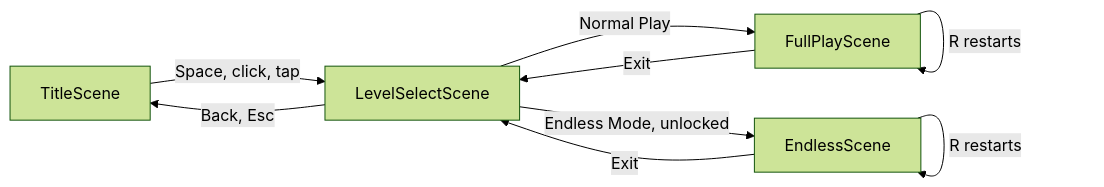
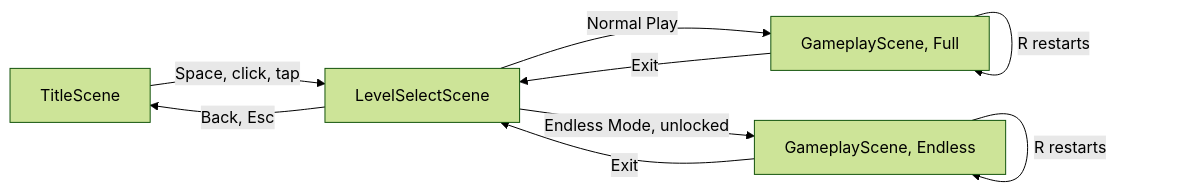
One commit to CSCI-526/Team4-Lu_Lu changed the first of 4 diagrams in docs/monkobra-tdd.md. Above: the diagram before and after it, drawn with Mermaid (forest theme). The commit also changed other lines of this file and 16 other files, not shown here.

First line of the commit message:
merge 2 gameplay scenes into 1; pass run mode on load

````diff
--- a/docs/monkobra-tdd.md
+++ b/docs/monkobra-tdd.md
@@ -44,11 +43,11 @@
 ```mermaid
 graph LR
   Title[TitleScene] -->|Space, click, tap| Select[LevelSelectScene]
-  Select -->|Normal Play| Full[FullPlayScene]
-  Select -->|Endless Mode, unlocked| Endless[EndlessScene]
+  Select -->|Normal Play| Play[GameplayScene, Full]
+  Select -->|Endless Mode, unlocked| Play2[GameplayScene, Endless]
   Select -->|Back, Esc| Title
-  Full -->|R restarts| Full
-  Endless -->|R restarts| Endless
-  Full -->|Exit| Select
-  Endless -->|Exit| Select
+  Play -->|R restarts| Play
+  Play2 -->|R restarts| Play2
+  Play -->|Exit| Select
+  Play2 -->|Exit| Select
 ```
````
